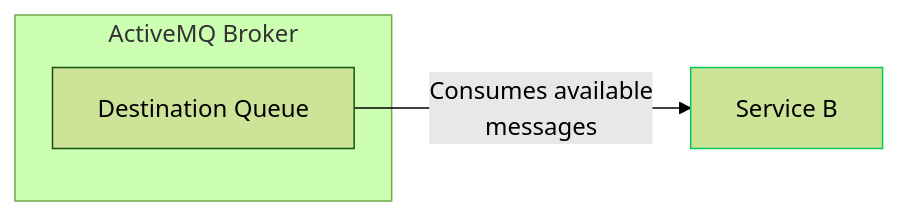
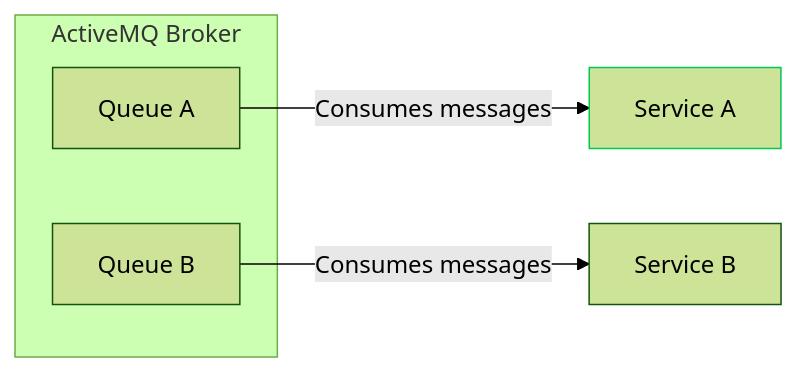
One commit to Waleed2660/springboot-learning-kit changed the second of 5 diagrams in tasks/Task_4.md. Above: the diagram before and after it, drawn with Mermaid (forest theme). The commit also changed other lines of this file, not shown here.

Commit message:
updated task 4 mermaid diagrams

````diff
--- a/tasks/Task_4.md
+++ b/tasks/Task_4.md
@@ -38,9 +41,13 @@
 ```mermaid
 flowchart LR
-    A["Destination Queue"]
-    A -- Consumes available <br/> messages --> B["Service B"]
+    A["Queue A"]
+    A --> |Consumes messages| B["Service A"]
+    C["Queue B"]
+    C --> |Consumes messages| D["Service B"]
+    
     subgraph "ActiveMQ Broker"
         A
+        C
     end
     style B stroke:#00C853
 ```
````
